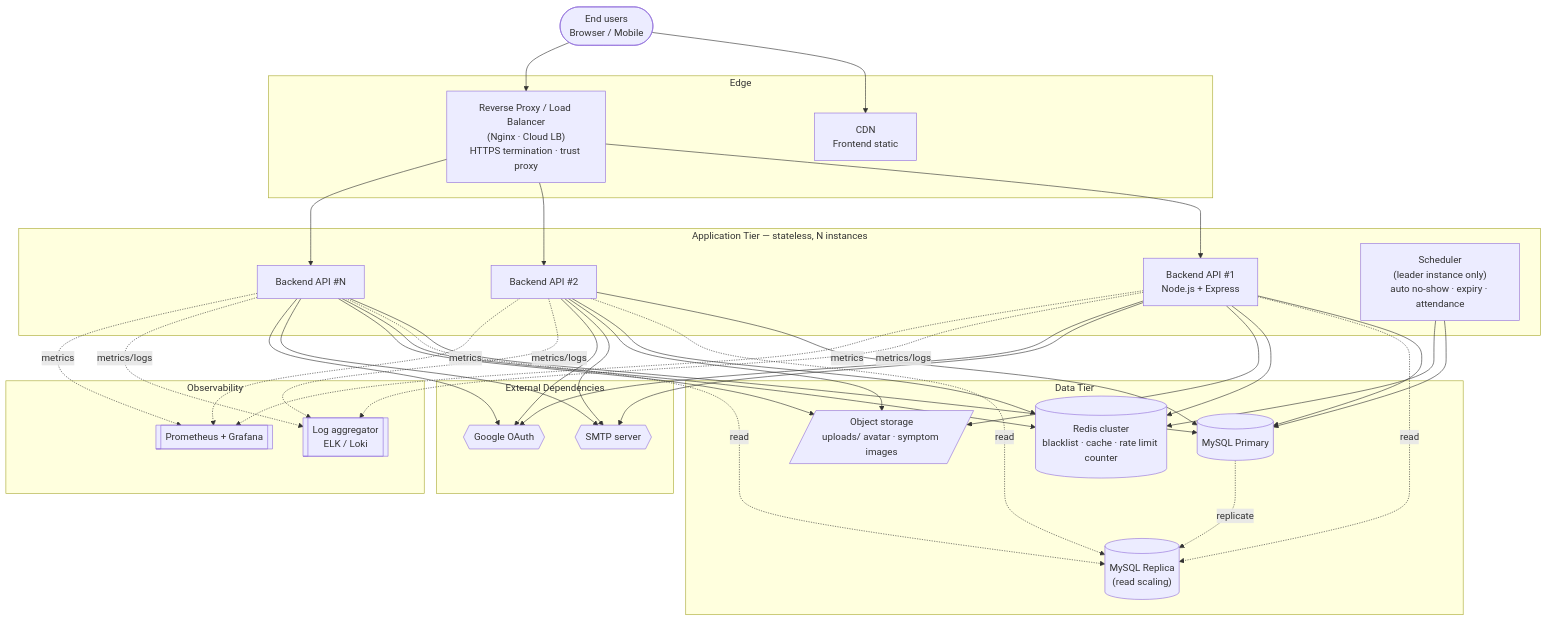
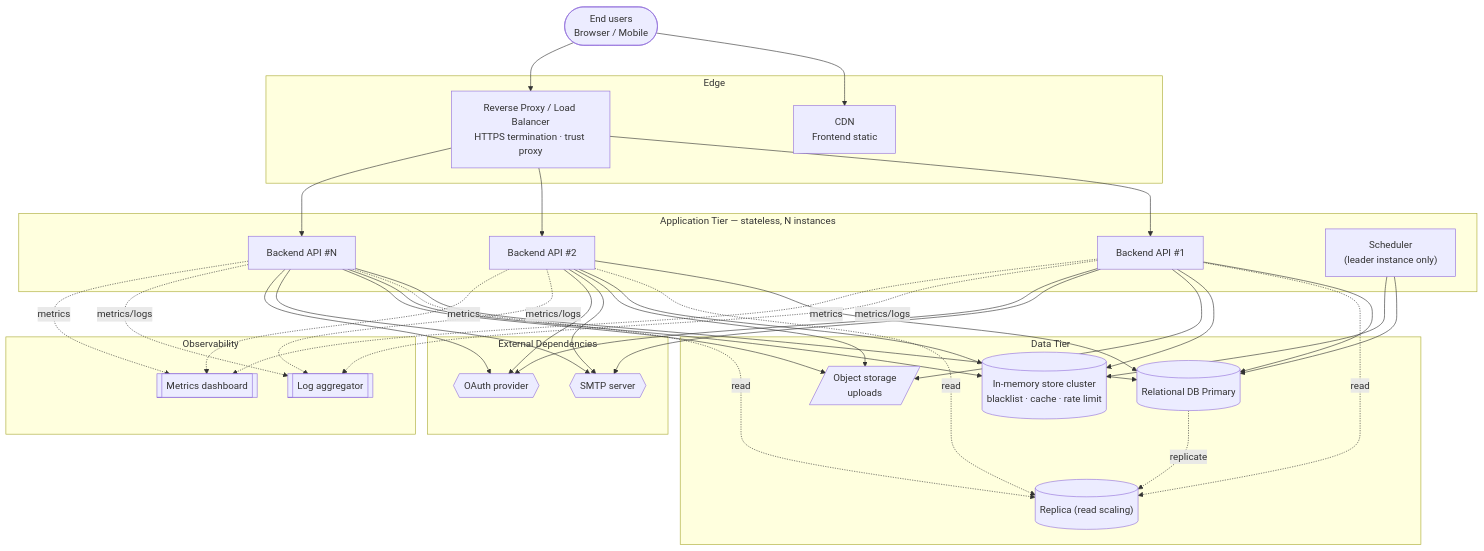
One commit to MinhThienNguyen040905/SE356---He-thong-phong-kham changed the third of 11 diagrams in Docs/ADD.md. Above: the diagram before and after it, drawn with Mermaid. The commit also changed other lines of this file, not shown here.

````diff
--- a/Docs/ADD.md
+++ b/Docs/ADD.md
@@ -495,48 +502,48 @@
 ```mermaid
 graph TB
     Users(["End users<br/>Browser / Mobile"])
 
     subgraph Edge["Edge"]
         CDN["CDN<br/>Frontend static"]
-        LB["Reverse Proxy / Load Balancer<br/>(Nginx · Cloud LB)<br/>HTTPS termination · trust proxy"]
+        LB["Reverse Proxy / Load Balancer<br/>HTTPS termination · trust proxy"]
     end
 
     subgraph AppTier["Application Tier — stateless, N instances"]
-        API1["Backend API #1<br/>Node.js + Express"]
+        API1["Backend API #1"]
         API2["Backend API #2"]
         APIN["Backend API #N"]
-        SCH["Scheduler<br/>(leader instance only)<br/>auto no-show · expiry · attendance"]
+        SCH["Scheduler<br/>(leader instance only)"]
     end
 
     subgraph DataTierD["Data Tier"]
-        MYSQLP[("MySQL Primary")]
-        MYSQLR[("MySQL Replica<br/>(read scaling)")]
-        REDIS[("Redis cluster<br/>blacklist · cache · rate limit counter")]
-        OBJ[/"Object storage<br/>uploads/ avatar · symptom images"/]
+        MYSQLP[("Relational DB Primary")]
+        MYSQLR[("Replica (read scaling)")]
+        REDIS[("In-memory store cluster<br/>blacklist · cache · rate limit")]
+        OBJ[/"Object storage<br/>uploads"/]
     end
 
     subgraph Observ["Observability"]
-        LOG[["Log aggregator<br/>ELK / Loki"]]
-        MON[["Prometheus + Grafana"]]
+        LOG[["Log aggregator"]]
+        MON[["Metrics dashboard"]]
     end
 
     subgraph ExtDep["External Dependencies"]
         SMTP{{SMTP server}}
-        GOA{{Google OAuth}}
+        GOA{{OAuth provider}}
     end
 
     Users --> CDN
     Users --> LB
     LB --> API1 & API2 & APIN
     API1 & API2 & APIN --> MYSQLP
     API1 & API2 & APIN -.read.-> MYSQLR
     MYSQLP -. replicate .-> MYSQLR
     API1 & API2 & APIN --> REDIS
     API1 & API2 & APIN --> OBJ
     API1 & API2 & APIN --> SMTP
     API1 & API2 & APIN --> GOA
     SCH --> MYSQLP
     SCH --> REDIS
     API1 & API2 & APIN -.metrics/logs.-> LOG
     API1 & API2 & APIN -.metrics.-> MON
 ```
````
